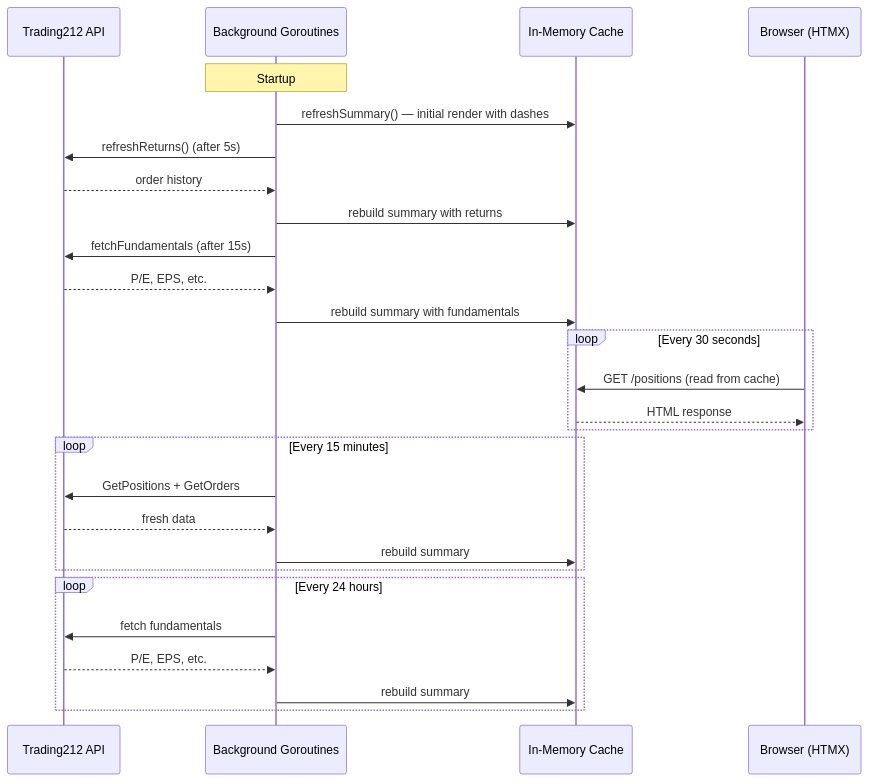
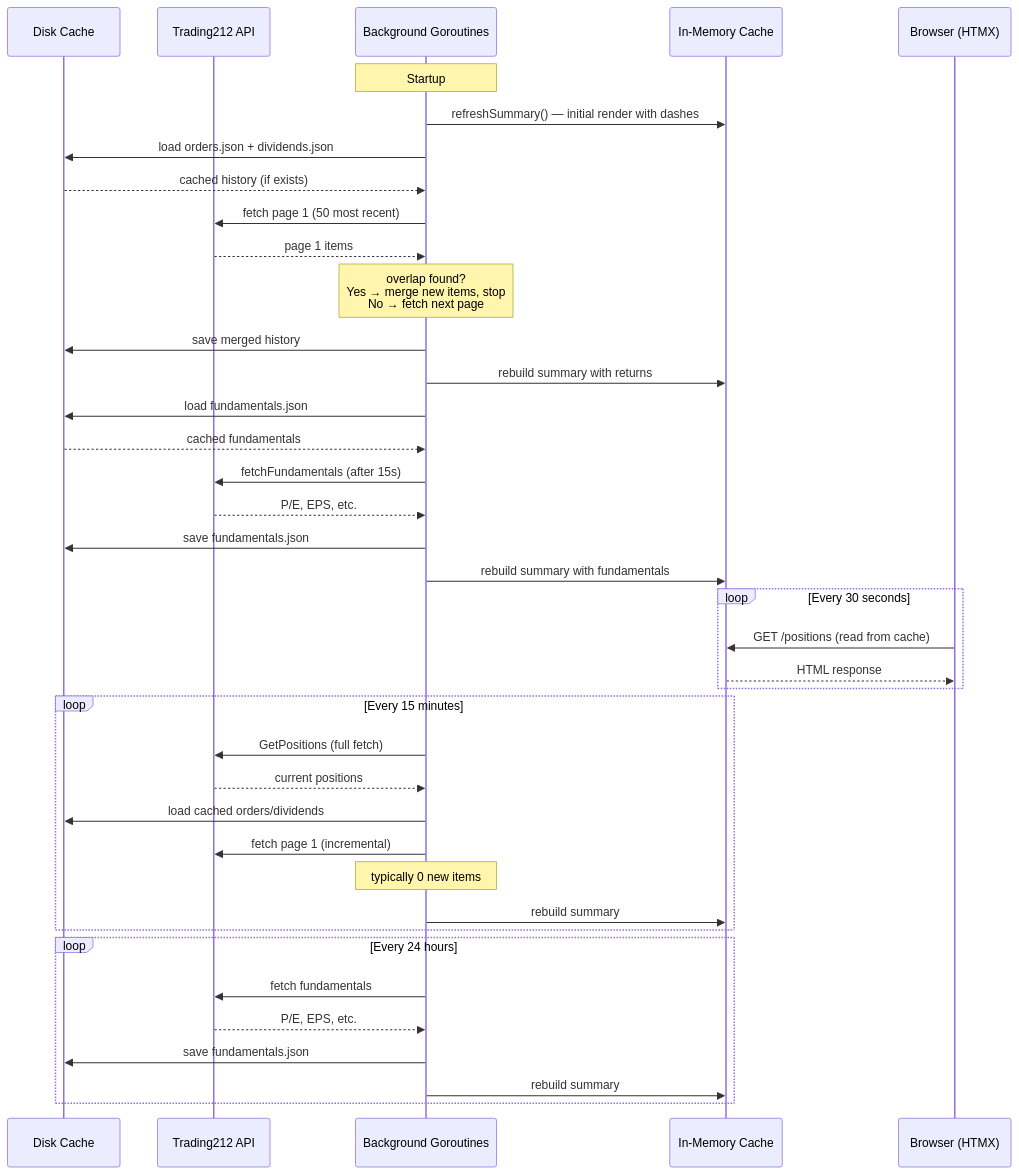
One commit to ko5tas/t2 changed the second of 2 diagrams in README.md. Above: the diagram before and after it, drawn with Mermaid. The commit also changed other lines of this file and 4 other files, not shown here.

First line of the commit message:
Add incremental history caching for orders and dividends

````diff
--- a/README.md
+++ b/README.md
@@ -145,33 +160,46 @@
 ```mermaid
 sequenceDiagram
+    participant Disk as Disk Cache
     participant T212 as Trading212 API
     participant BG as Background Goroutines
     participant Cache as In-Memory Cache
     participant HTMX as Browser (HTMX)
 
     Note over BG: Startup
     BG->>Cache: refreshSummary() — initial render with dashes
-    BG->>T212: refreshReturns() (after 5s)
-    T212-->>BG: order history
+    BG->>Disk: load orders.json + dividends.json
+    Disk-->>BG: cached history (if exists)
+    BG->>T212: fetch page 1 (50 most recent)
+    T212-->>BG: page 1 items
+    Note over BG: overlap found?<br/>Yes → merge new items, stop<br/>No → fetch next page
+    BG->>Disk: save merged history
     BG->>Cache: rebuild summary with returns
+
+    BG->>Disk: load fundamentals.json
+    Disk-->>BG: cached fundamentals
     BG->>T212: fetchFundamentals (after 15s)
     T212-->>BG: P/E, EPS, etc.
+    BG->>Disk: save fundamentals.json
     BG->>Cache: rebuild summary with fundamentals
 
     loop Every 30 seconds
         HTMX->>Cache: GET /positions (read from cache)
         Cache-->>HTMX: HTML response
     end
 
     loop Every 15 minutes
-        BG->>T212: GetPositions + GetOrders
-        T212-->>BG: fresh data
+        BG->>T212: GetPositions (full fetch)
+        T212-->>BG: current positions
+        BG->>Disk: load cached orders/dividends
+        BG->>T212: fetch page 1 (incremental)
+        Note over BG: typically 0 new items
         BG->>Cache: rebuild summary
     end
 
     loop Every 24 hours
         BG->>T212: fetch fundamentals
         T212-->>BG: P/E, EPS, etc.
+        BG->>Disk: save fundamentals.json
         BG->>Cache: rebuild summary
     end
 ```
````
